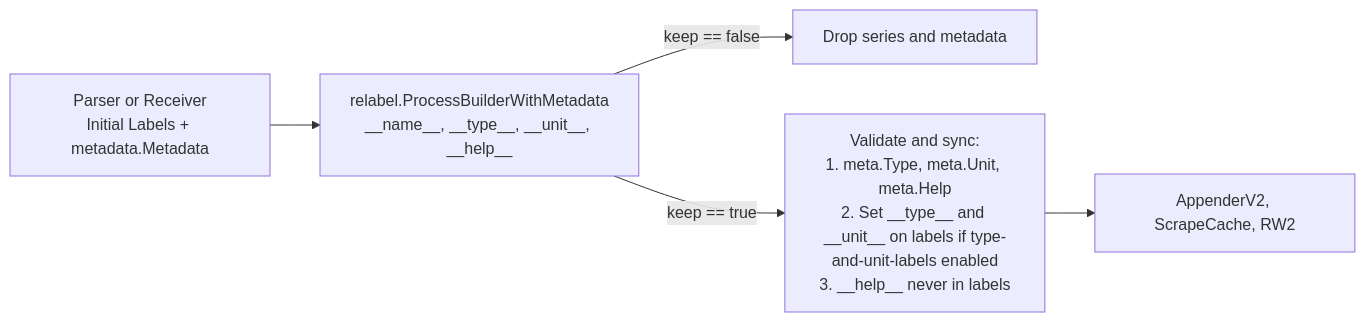
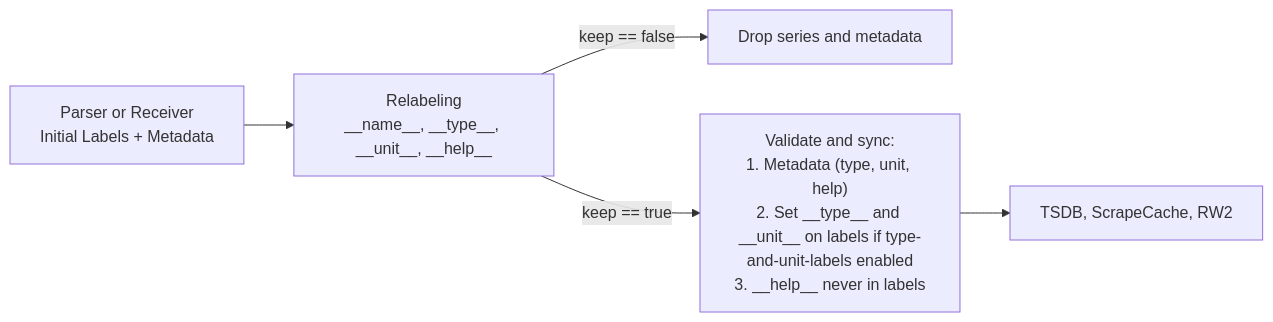
Before and after one commit to prometheus/proposals: the diagram in proposals/0104-metadata-relabeling.md, drawn with Mermaid. The commit also changed other lines of this file, not shown here.

Commit message:
proposal: PROM-104: Add target_metadata and __metadata_*__ alternatives

````diff
--- a/proposals/0104-metadata-relabeling.md
+++ b/proposals/0104-metadata-relabeling.md
@@ -101,7 +109,7 @@
 ```mermaid
 flowchart LR
-    A["Parser or Receiver\nInitial Labels + metadata.Metadata"] --> B["relabel.ProcessBuilderWithMetadata\n__name__, __type__, __unit__, __help__"]
+    A["Parser or Receiver\nInitial Labels + Metadata"] --> B["Relabeling\n__name__, __type__, __unit__, __help__"]
     B -- "keep == false" --> C["Drop series and metadata"]
-    B -- "keep == true" --> D["Validate and sync:\n1. meta.Type, meta.Unit, meta.Help\n2. Set __type__ and __unit__ on labels if type-and-unit-labels enabled\n3. __help__ never in labels"]
-    D --> E["AppenderV2, ScrapeCache, RW2"]
+    B -- "keep == true" --> D["Validate and sync:\n1. Metadata (type, unit, help)\n2. Set __type__ and __unit__ on labels if type-and-unit-labels enabled\n3. __help__ never in labels"]
+    D --> E["TSDB, ScrapeCache, RW2"]
 ```
````
